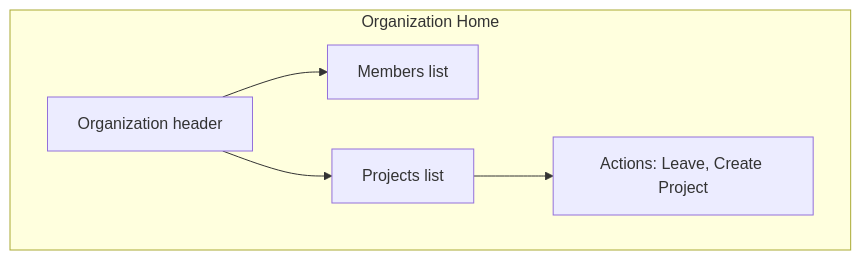
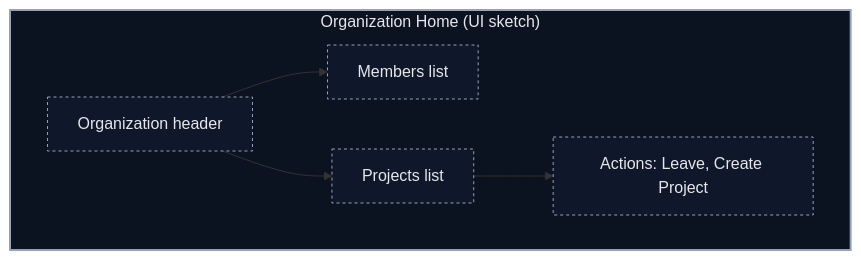
One commit to TaurasGG/altpro changed the seventh of 10 diagrams in README.md. Above: the diagram before and after it, drawn with Mermaid. The commit also changed other lines of this file, not shown here.

````diff
--- a/README.md
+++ b/README.md
@@ -142,12 +168,16 @@
 ```mermaid
-flowchart TD
-  subgraph OrgHome["Organization Home"]
-    HEADER["Organization header"]
-    MEMBERS["Members list"]
-    PROJECTS["Projects list"]
-    ACTIONS["Actions: Leave, Create Project"]
+flowchart TB
+  classDef container stroke:#94a3b8,fill:#0b1220,stroke-width:2,color:#e5e7eb;
+  classDef component stroke:#94a3b8,fill:#0f172a,stroke-dasharray:3 3,color:#e5e7eb,stroke-width:1;
+  subgraph Page["Organization Home (UI sketch)"]
+    Header["Organization header"]
+    Members["Members list"]
+    Projects["Projects list"]
+    Actions["Actions: Leave, Create Project"]
   end
-  HEADER --> MEMBERS
-  HEADER --> PROJECTS
-  PROJECTS --> ACTIONS
+  Header --> Members
+  Header --> Projects
+  Projects --> Actions
+  class Page container
+  class Header,Members,Projects,Actions component
 ```
````
